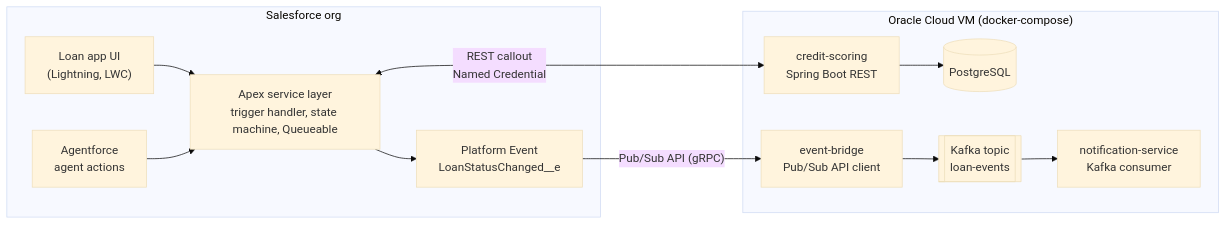
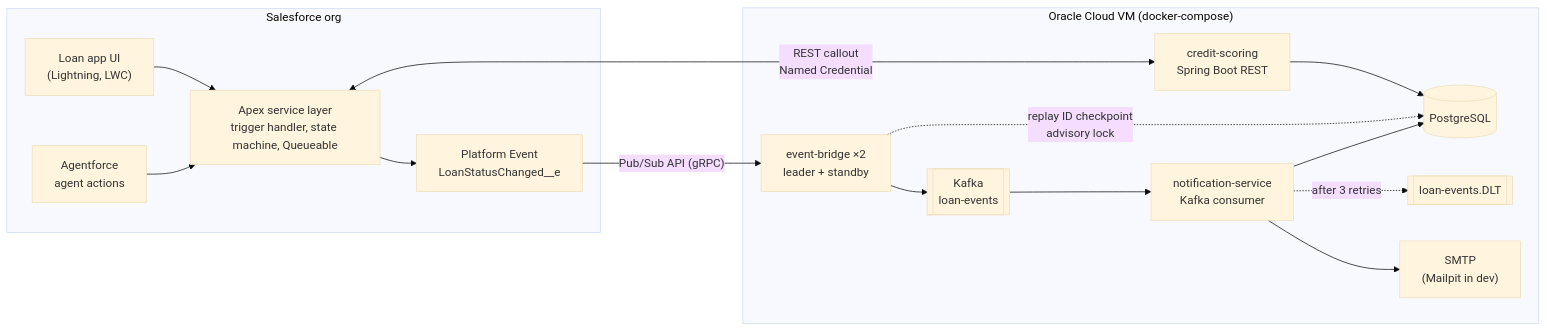
The first of 2 diagrams in README.md (cohenerez/loan-origination), drawn with Mermaid (base theme) before and after one commit. The commit also changed other lines of this file and 17 other files, not shown here.

````diff
--- a/README.md
+++ b/README.md
@@ -18,25 +19,31 @@
 ```mermaid
 flowchart LR
     subgraph SF["Salesforce org"]
         UI["Loan app UI<br/>(Lightning, LWC)"]
         AG["Agentforce<br/>agent actions"]
         APEX["Apex service layer<br/>trigger handler, state machine, Queueable"]
         PE["Platform Event<br/>LoanStatusChanged__e"]
         UI --> APEX
         AG --> APEX
         APEX --> PE
     end
 
     subgraph VM["Oracle Cloud VM (docker-compose)"]
         CS["credit-scoring<br/>Spring Boot REST"]
         DB[("PostgreSQL")]
-        BR["event-bridge<br/>Pub/Sub API client"]
-        K[["Kafka topic<br/>loan-events"]]
+        BR["event-bridge ×2<br/>leader + standby"]
+        K[["Kafka<br/>loan-events"]]
         NS["notification-service<br/>Kafka consumer"]
+        DLT[["loan-events.DLT"]]
+        MAIL["SMTP<br/>(Mailpit in dev)"]
         CS --> DB
+        BR -. "replay ID checkpoint<br/>advisory lock" .-> DB
         BR --> K --> NS
+        NS --> DB
+        NS --> MAIL
+        NS -. "after 3 retries" .-> DLT
     end
 
     APEX <-- "REST callout<br/>Named Credential" --> CS
     PE -- "Pub/Sub API (gRPC)" --> BR
 ```
````
